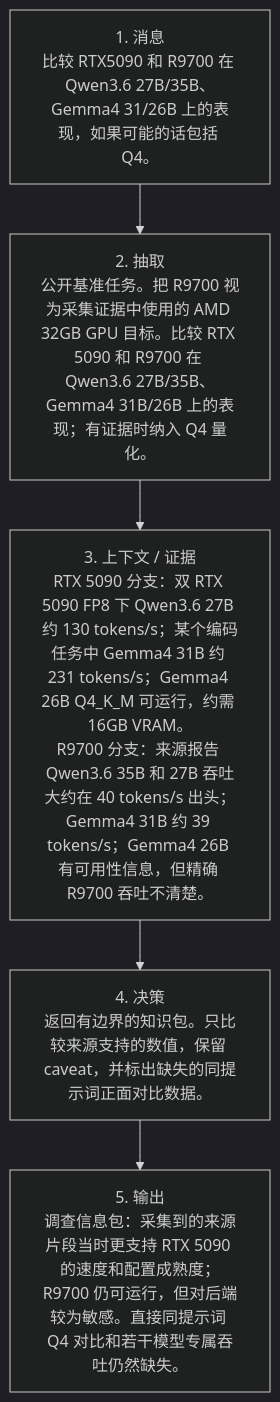
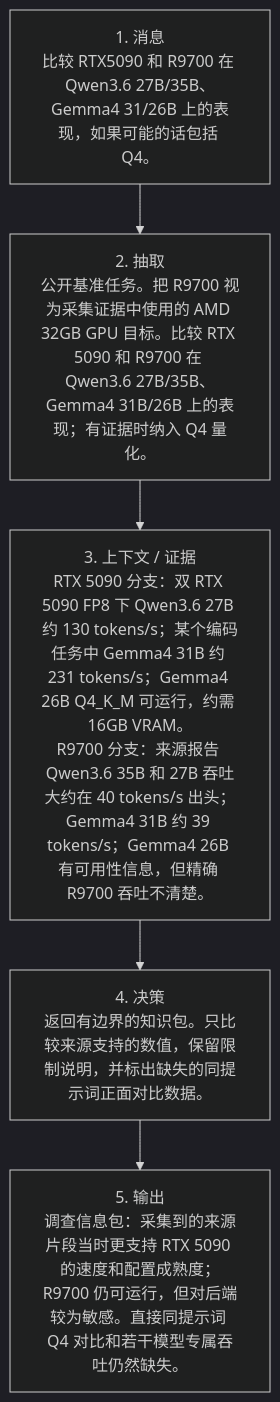
One commit to eamars/KazusaAIChatbot changed the fifth of 6 diagrams in README_CN.md. Above: the diagram before and after it, drawn with Mermaid (dark theme). The commit also changed other lines of this file and 8 other files, not shown here.

````diff
--- a/README_CN.md
+++ b/README_CN.md
@@ -341,10 +307,10 @@
 ```mermaid
 flowchart TD
     A["1. 消息<br/>比较 RTX5090 和 R9700 在 Qwen3.6 27B/35B、Gemma4 31/26B 上的表现，如果可能的话包括 Q4。"]
     B["2. 抽取<br/>公开基准任务。把 R9700 视为采集证据中使用的 AMD 32GB GPU 目标。比较 RTX 5090 和 R9700 在 Qwen3.6 27B/35B、Gemma4 31B/26B 上的表现；有证据时纳入 Q4 量化。"]
     C["3. 上下文 / 证据<br/>RTX 5090 分支：双 RTX 5090 FP8 下 Qwen3.6 27B 约 130 tokens/s；某个编码任务中 Gemma4 31B 约 231 tokens/s；Gemma4 26B Q4_K_M 可运行，约需 16GB VRAM。<br/>R9700 分支：来源报告 Qwen3.6 35B 和 27B 吞吐大约在 40 tokens/s 出头；Gemma4 31B 约 39 tokens/s；Gemma4 26B 有可用性信息，但精确 R9700 吞吐不清楚。"]
-    D["4. 决策<br/>返回有边界的知识包。只比较来源支持的数值，保留 caveat，并标出缺失的同提示词正面对比数据。"]
+    D["4. 决策<br/>返回有边界的知识包。只比较来源支持的数值，保留限制说明，并标出缺失的同提示词正面对比数据。"]
     E["5. 输出<br/>调查信息包：采集到的来源片段当时更支持 RTX 5090 的速度和配置成熟度；R9700 仍可运行，但对后端较为敏感。直接同提示词 Q4 对比和若干模型专属吞吐仍然缺失。"]
 
     A --> B --> C --> D --> E
 ```
````
